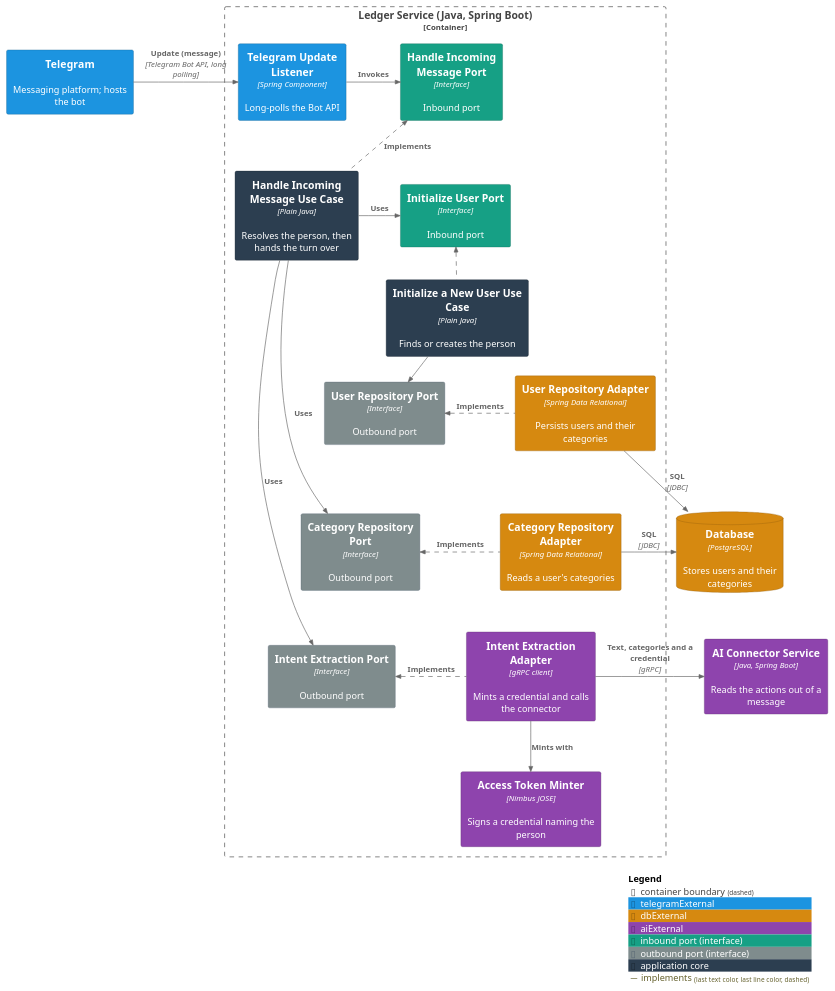
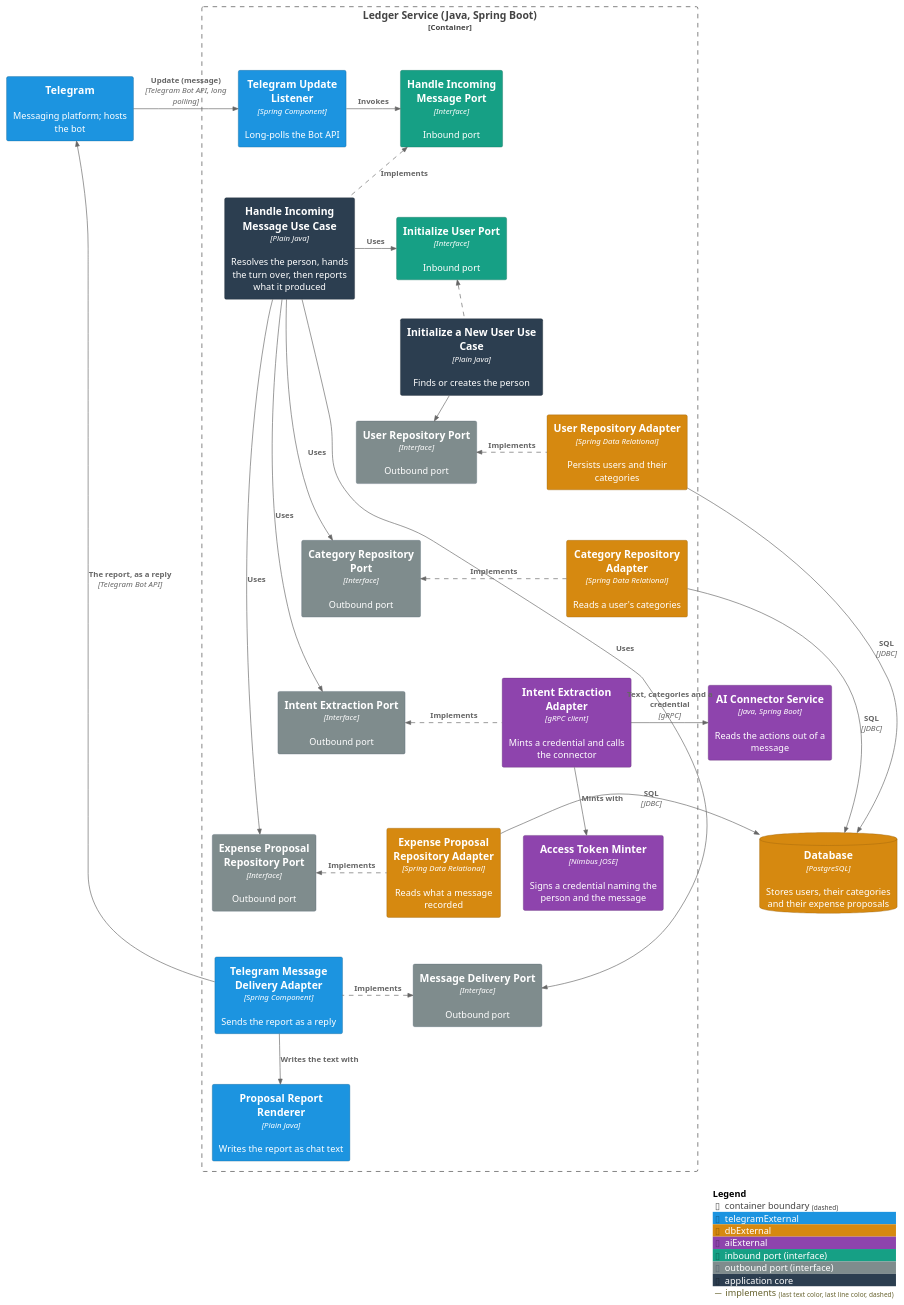
One commit to ds-usova/finance-bot changed the first of 2 diagrams in ledger-service/docs/usecases/handle-incoming-message.md. Above: the diagram before and after it, drawn with PlantUML. The commit also changed other lines of this file and 94 other files, not shown here.

First line of the commit message:
Feature: Deliver feedback on expense extraction (#1)

````diff
--- a/ledger-service/docs/usecases/handle-incoming-message.md
+++ b/ledger-service/docs/usecases/handle-incoming-message.md
@@ -52,56 +78,70 @@
 ```plantuml
 @startuml C3-Component-ActOnUserMessage
 !include <C4/C4_Component>
 
 AddElementTag("telegramExternal", $bgColor="#1c94e0", $fontColor="#ffffff", $borderColor="#125d8c")
 AddElementTag("dbExternal", $bgColor="#d68910", $fontColor="#ffffff", $borderColor="#8f5c0a")
 AddElementTag("aiExternal", $bgColor="#8e44ad", $fontColor="#ffffff", $borderColor="#5b2c6f")
 AddElementTag("portIn", $bgColor="#16a085", $fontColor="#ffffff", $borderColor="#0e6655", $legendText="inbound port (interface)")
 AddElementTag("portOut", $bgColor="#7f8c8d", $fontColor="#ffffff", $borderColor="#566573", $legendText="outbound port (interface)")
 AddElementTag("core", $bgColor="#2c3e50", $fontColor="#ffffff", $borderColor="#1b2631", $legendText="application core")
 AddRelTag("implements", $lineStyle="dashed")
 
 System_Ext(telegram, "Telegram", "Messaging platform; hosts the bot", $tags="telegramExternal")
 
 Container_Boundary(ledger, "Ledger Service (Java, Spring Boot)") {
   Component(telegramListener, "Telegram Update Listener", "Spring Component", "Long-polls the Bot API", $tags="telegramExternal")
   Component(handleMessagePort, "Handle Incoming Message Port", "Interface", "Inbound port", $tags="portIn")
-  Component(handleMessageService, "Handle Incoming Message Use Case", "Plain Java", "Resolves the person, then hands the turn over", $tags="core")
+  Component(handleMessageService, "Handle Incoming Message Use Case", "Plain Java", "Resolves the person, hands the turn over, then reports what it produced", $tags="core")
   Component(initializeUserPort, "Initialize User Port", "Interface", "Inbound port", $tags="portIn")
   Component(initializeUserService, "Initialize a New User Use Case", "Plain Java", "Finds or creates the person", $tags="core")
   Component(userRepositoryPort, "User Repository Port", "Interface", "Outbound port", $tags="portOut")
   Component(categoryRepositoryPort, "Category Repository Port", "Interface", "Outbound port", $tags="portOut")
   Component(intentExtractionPort, "Intent Extraction Port", "Interface", "Outbound port", $tags="portOut")
+  Component(proposalRepositoryPort, "Expense Proposal Repository Port", "Interface", "Outbound port", $tags="portOut")
+  Component(messageDeliveryPort, "Message Delivery Port", "Interface", "Outbound port", $tags="portOut")
   Component(userRepositoryAdapter, "User Repository Adapter", "Spring Data Relational", "Persists users and their categories", $tags="dbExternal")
   Component(categoryRepositoryAdapter, "Category Repository Adapter", "Spring Data Relational", "Reads a user's categories", $tags="dbExternal")
+  Component(proposalRepositoryAdapter, "Expense Proposal Repository Adapter", "Spring Data Relational", "Reads what a message recorded", $tags="dbExternal")
   Component(intentExtractionAdapter, "Intent Extraction Adapter", "gRPC client", "Mints a credential and calls the connector", $tags="aiExternal")
-  Component(tokenMinter, "Access Token Minter", "Nimbus JOSE", "Signs a credential naming the person", $tags="aiExternal")
+  Component(tokenMinter, "Access Token Minter", "Nimbus JOSE", "Signs a credential naming the person and the message", $tags="aiExternal")
+  Component(deliveryAdapter, "Telegram Message Delivery Adapter", "Spring Component", "Sends the report as a reply", $tags="telegramExternal")
+  Component(reportRenderer, "Proposal Report Renderer", "Plain Java", "Writes the report as chat text", $tags="telegramExternal")
 }
 
-ContainerDb(db, "Database", "PostgreSQL", "Stores users and their categories", $tags="dbExternal")
+ContainerDb(db, "Database", "PostgreSQL", "Stores users, their categories and their expense proposals", $tags="dbExternal")
 Container(connector, "AI Connector Service", "Java, Spring Boot", "Reads the actions out of a message", $tags="aiExternal")
 
 Rel_R(telegram, telegramListener, "Update (message)", "Telegram Bot API, long polling")
 Rel_R(telegramListener, handleMessagePort, "Invokes")
 Rel_L(handleMessageService, handleMessagePort, "Implements", $tags="implements")
 Rel_R(handleMessageService, initializeUserPort, "Uses")
 Rel_L(initializeUserService, initializeUserPort, "Implements", $tags="implements")
 Rel_R(initializeUserService, userRepositoryPort, "Uses")
 Rel_R(handleMessageService, categoryRepositoryPort, "Uses")
 Rel_R(handleMessageService, intentExtractionPort, "Uses")
+Rel_R(handleMessageService, proposalRepositoryPort, "Uses")
+Rel_R(handleMessageService, messageDeliveryPort, "Uses")
 Rel_L(userRepositoryAdapter, userRepositoryPort, "Implements", $tags="implements")
 Rel_L(categoryRepositoryAdapter, categoryRepositoryPort, "Implements", $tags="implements")
+Rel_L(proposalRepositoryAdapter, proposalRepositoryPort, "Implements", $tags="implements")
 Rel_L(intentExtractionAdapter, intentExtractionPort, "Implements", $tags="implements")
+Rel_L(deliveryAdapter, messageDeliveryPort, "Implements", $tags="implements")
 Rel_D(intentExtractionAdapter, tokenMinter, "Mints with")
+Rel_D(deliveryAdapter, reportRenderer, "Writes the text with")
 Rel_R(userRepositoryAdapter, db, "SQL", "JDBC")
 Rel_R(categoryRepositoryAdapter, db, "SQL", "JDBC")
+Rel_R(proposalRepositoryAdapter, db, "SQL", "JDBC")
 Rel_R(intentExtractionAdapter, connector, "Text, categories and a credential", "gRPC")
+Rel_U(deliveryAdapter, telegram, "The report, as a reply", "Telegram Bot API")
 
 Lay_D(handleMessagePort, initializeUserPort)
 Lay_D(initializeUserPort, userRepositoryPort)
 Lay_D(userRepositoryPort, categoryRepositoryPort)
 Lay_D(categoryRepositoryPort, intentExtractionPort)
+Lay_D(intentExtractionPort, proposalRepositoryPort)
+Lay_D(proposalRepositoryPort, messageDeliveryPort)
 
 SHOW_LEGEND()
 @enduml
 ```
````
